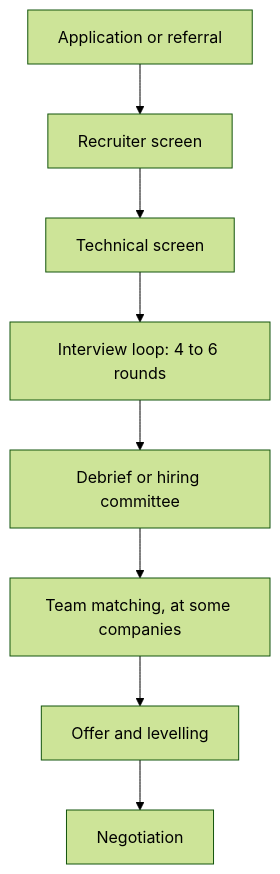
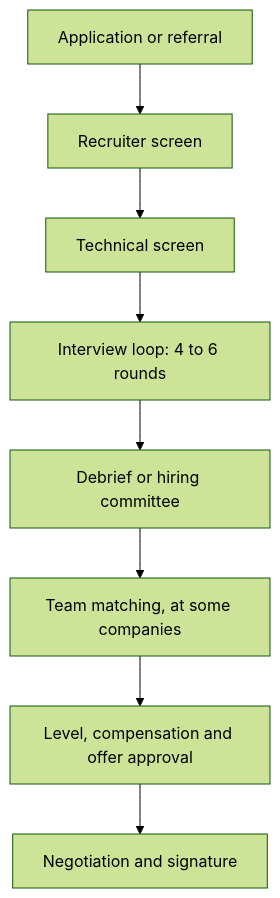
The diagram in content/tracks/13-senior-craft/04-getting-the-job/01-the-faang-loop.md (thull32/ascend), drawn with Mermaid (forest theme) before and after one commit. The commit also changed other lines of this file and 14 other files, not shown here.

````diff
--- a/content/tracks/13-senior-craft/04-getting-the-job/01-the-faang-loop.md
+++ b/content/tracks/13-senior-craft/04-getting-the-job/01-the-faang-loop.md
@@ -15,10 +15,10 @@
 ```mermaid
 flowchart TD
   A[Application or referral] --> B[Recruiter screen]
   B --> C[Technical screen]
   C --> D[Interview loop: 4 to 6 rounds]
   D --> E[Debrief or hiring committee]
   E --> F[Team matching, at some companies]
-  F --> G[Offer and levelling]
-  G --> H[Negotiation]
+  F --> G[Level, compensation and offer approval]
+  G --> H[Negotiation and signature]
 ```
````
